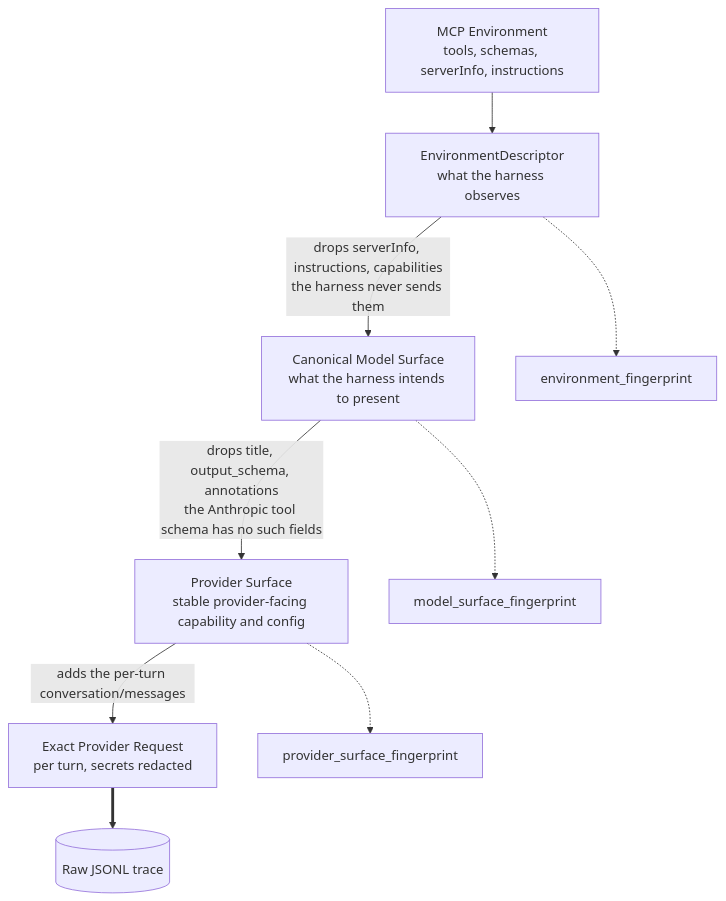
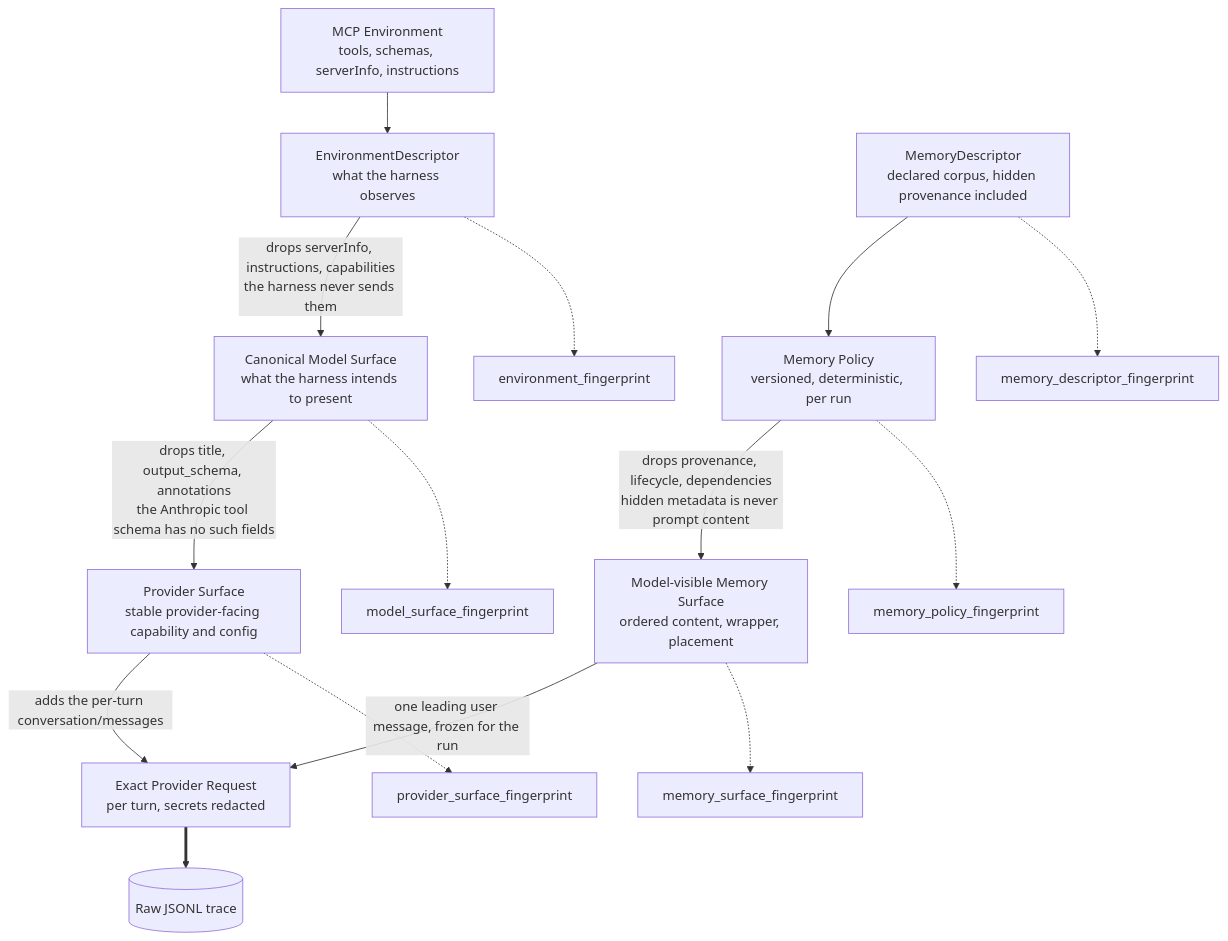
The second of 2 diagrams in README.md (armalite/agent-systems-lab), drawn with Mermaid before and after one commit. The commit also changed other lines of this file and 18 other files, not shown here.

Commit message:
Add controlled procedural-memory surface

````diff
--- a/README.md
+++ b/README.md
@@ -209,19 +226,30 @@
 ```mermaid
 flowchart TB
     ENV["MCP Environment<br/>tools, schemas, serverInfo, instructions"]
     DESC["EnvironmentDescriptor<br/>what the harness observes"]
     MS["Canonical Model Surface<br/>what the harness intends to present"]
     PS["Provider Surface<br/>stable provider-facing capability and config"]
     REQ["Exact Provider Request<br/>per turn, secrets redacted"]
     TRACE[("Raw JSONL trace")]
 
     ENV --> DESC
     DESC -->|"drops serverInfo, instructions, capabilities<br/>the harness never sends them"| MS
     MS -->|"drops title, output_schema, annotations<br/>the Anthropic tool schema has no such fields"| PS
     PS -->|"adds the per-turn conversation/messages"| REQ
     REQ ==> TRACE
 
+    MD["MemoryDescriptor<br/>declared corpus, hidden provenance included"]
+    POL["Memory Policy<br/>versioned, deterministic, per run"]
+    MSURF["Model-visible Memory Surface<br/>ordered content, wrapper, placement"]
+
+    MD --> POL
+    POL -->|"drops provenance, lifecycle, dependencies<br/>hidden metadata is never prompt content"| MSURF
+    MSURF -->|"one leading user message, frozen for the run"| REQ
+
     DESC -.-> F1["environment_fingerprint"]
     MS -.-> F2["model_surface_fingerprint"]
     PS -.-> F3["provider_surface_fingerprint"]
+    MD -.-> F4["memory_descriptor_fingerprint"]
+    POL -.-> F5["memory_policy_fingerprint"]
+    MSURF -.-> F6["memory_surface_fingerprint"]
 ```
````
